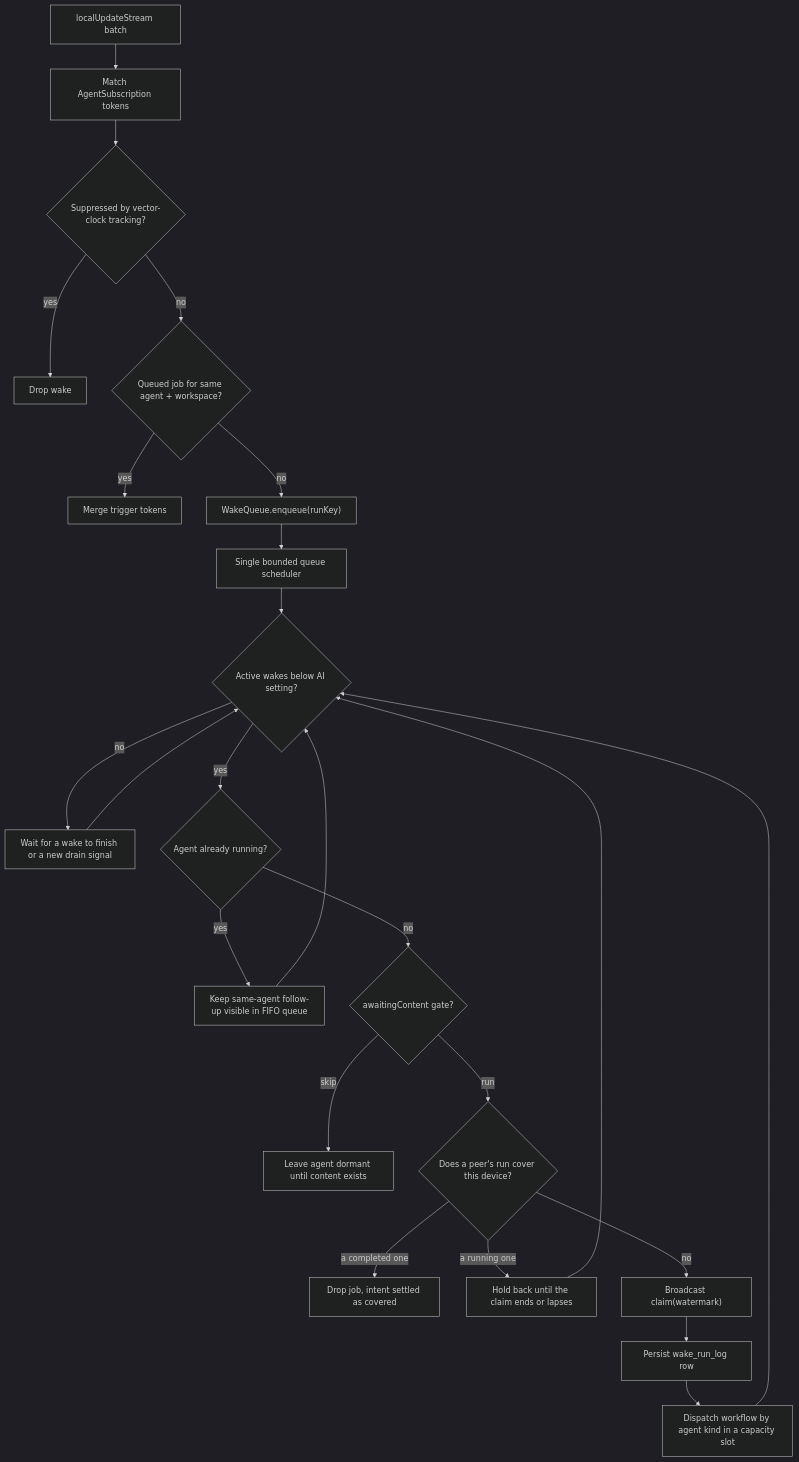
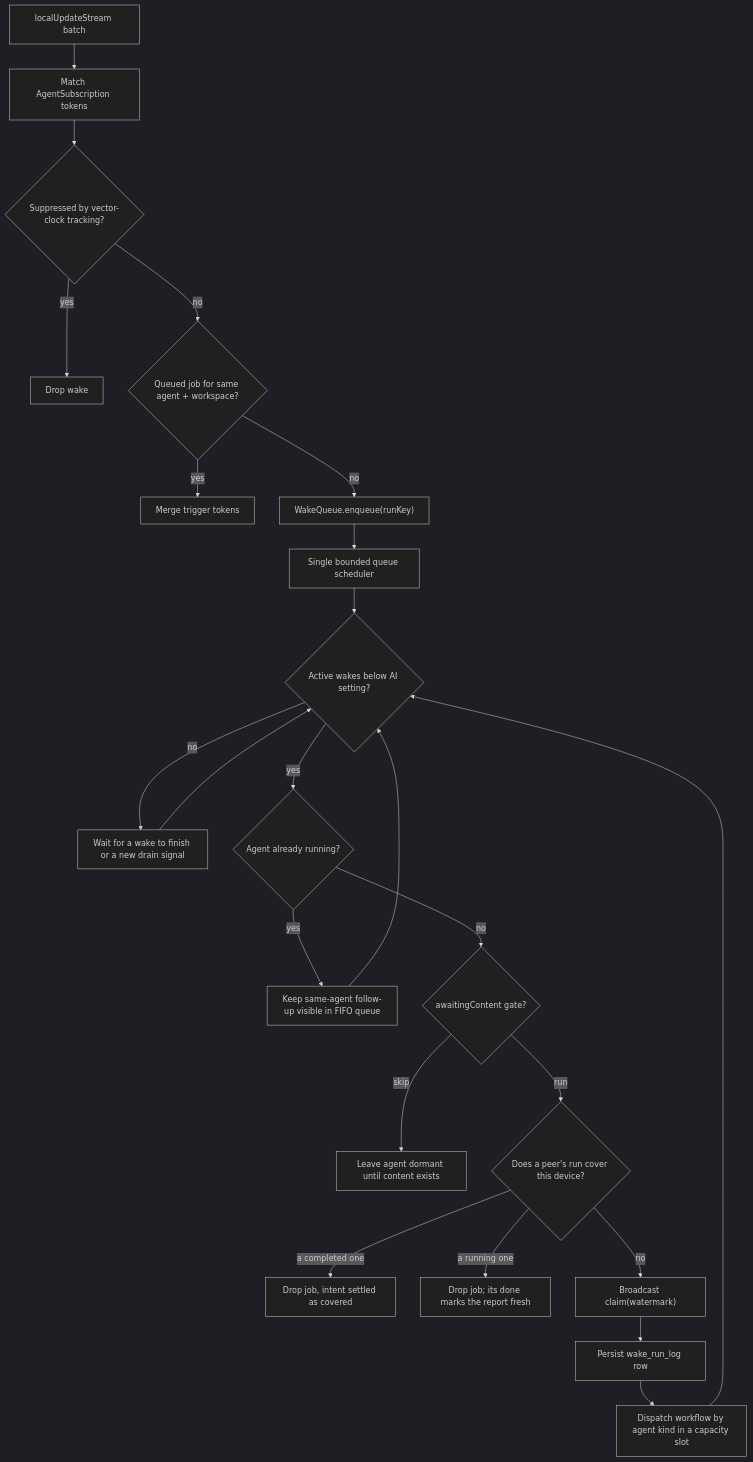
One commit to matthiasn/lotti changed the first of 3 diagrams in knowledge/features/agents/wake-orchestration.md. Above: the diagram before and after it, drawn with Mermaid (dark theme). The commit also changed other lines of this file and 16 other files, not shown here.

````diff
--- a/knowledge/features/agents/wake-orchestration.md
+++ b/knowledge/features/agents/wake-orchestration.md
@@ -99,26 +99,25 @@
 ```mermaid
 flowchart TD
   Update["localUpdateStream batch"] --> Match["Match AgentSubscription tokens"]
   Match --> Suppress{"Suppressed by vector-clock tracking?"}
   Suppress -->|yes| Drop["Drop wake"]
   Suppress -->|no| Merge{"Queued job for same agent + workspace?"}
   Merge -->|yes| Coalesce["Merge trigger tokens"]
   Merge -->|no| Queue["WakeQueue.enqueue(runKey)"]
   Queue --> Drain["Single bounded queue scheduler"]
   Drain --> Capacity{"Active wakes below AI setting?"}
   Capacity -->|no| WaitSlot["Wait for a wake to finish or a new drain signal"]
   WaitSlot --> Capacity
   Capacity -->|yes| Busy{"Agent already running?"}
   Busy -->|yes| KeepQueued["Keep same-agent follow-up visible in FIFO queue"]
   KeepQueued --> Capacity
   Busy -->|no| Content{"awaitingContent gate?"}
   Content -->|skip| Wait["Leave agent dormant until content exists"]
   Content -->|run| Coord{"Does a peer's run cover this device?"}
   Coord -->|a completed one| Covered["Drop job, intent settled as covered"]
-  Coord -->|a running one| Defer["Hold back until the claim ends or lapses"]
-  Defer --> Capacity
+  Coord -->|a running one| HandedOver["Drop job; its done marks the report fresh"]
   Coord -->|no| Claim["Broadcast claim(watermark)"]
   Claim --> Persist["Persist wake_run_log row"]
   Persist --> Exec["Dispatch workflow by agent kind in a capacity slot"]
   Exec --> Capacity
 ```
````
